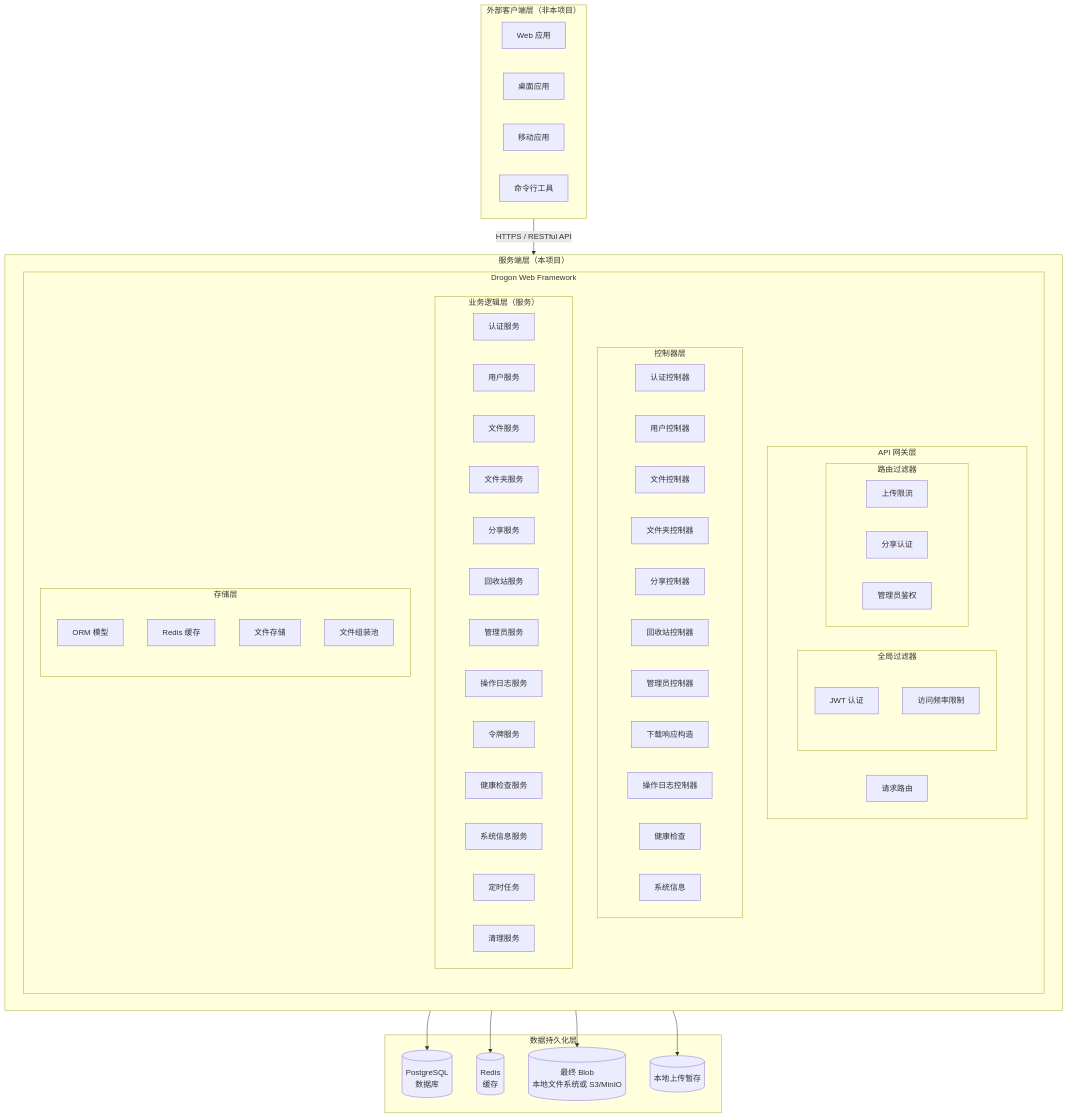
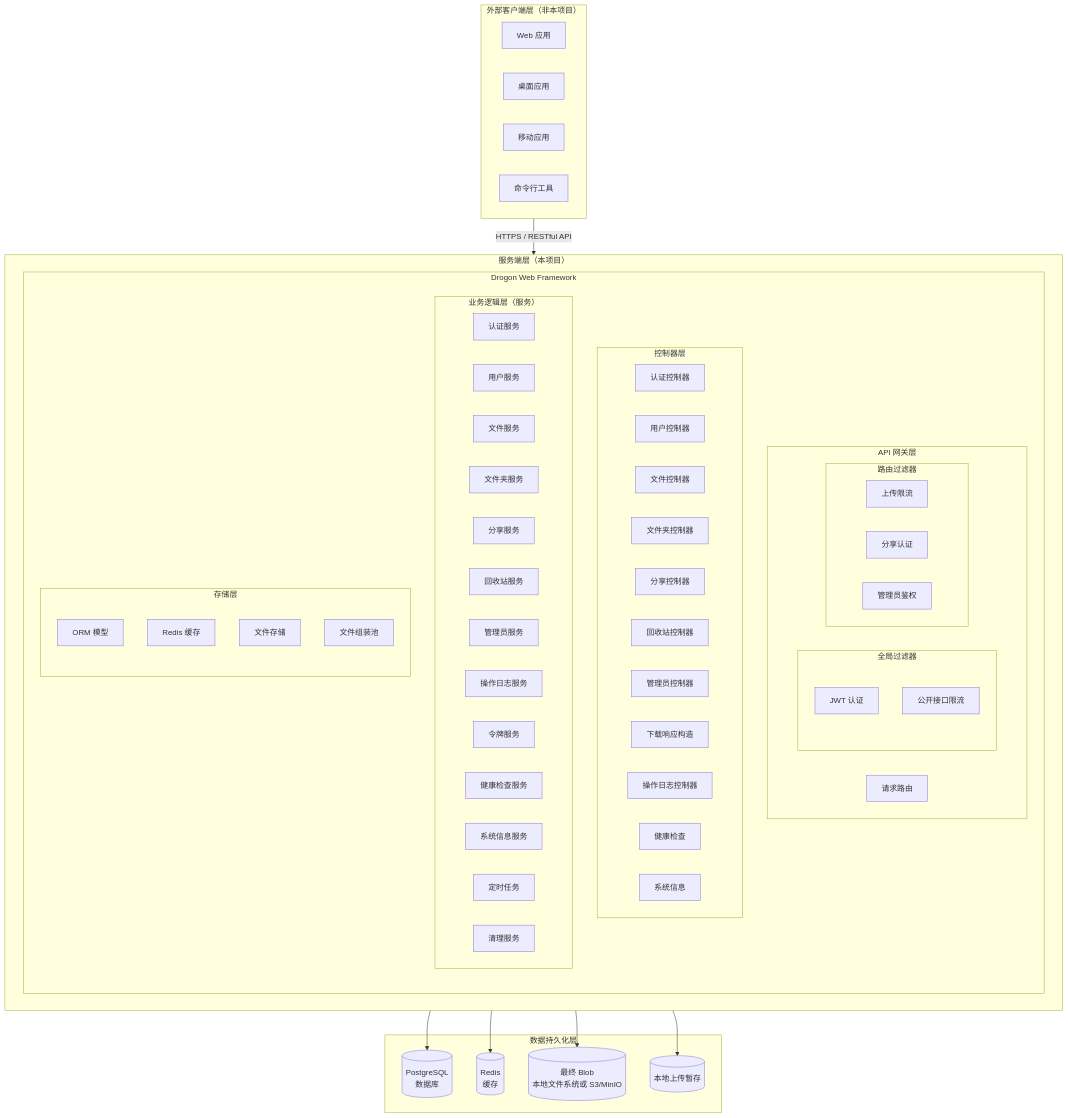
One commit to yizhinailong/disk changed the first of 5 diagrams in docs/design/00-系统概述.md. Above: the diagram before and after it, drawn with Mermaid. The commit also changed other lines of this file and 4 other files, not shown here.

````diff
--- a/docs/design/00-系统概述.md
+++ b/docs/design/00-系统概述.md
@@ -32,73 +32,73 @@
 ```mermaid
 flowchart TB
     subgraph Clients["外部客户端层（非本项目）"]
         WebApp["Web 应用"]
         Desktop["桌面应用"]
         Mobile["移动应用"]
         CLI["命令行工具"]
     end
 
     subgraph Server["服务端层（本项目）"]
         subgraph Drogon["Drogon Web Framework"]
             subgraph APIGateway["API 网关层"]
                 subgraph Filters["全局过滤器"]
                     JWT["JWT 认证"]
-                    RateLimit["访问频率限制"]
+                    PublicRateLimit["公开接口限流"]
                 end
                 subgraph PerRouteFilters["路由过滤器"]
                     UploadRateLimit["上传限流"]
                     ShareAuth["分享认证"]
                     AdminAuth["管理员鉴权"]
                 end
                 Router["请求路由"]
             end
             subgraph Controllers["控制器层"]
                 AuthCtrl["认证控制器"]
                 UserCtrl["用户控制器"]
                 FileCtrl["文件控制器"]
                 FolderCtrl["文件夹控制器"]
                 ShareCtrl["分享控制器"]
                 TrashCtrl["回收站控制器"]
                 AdminCtrl["管理员控制器"]
                 DownloadResponder["下载响应构造"]
                 OperationLogController["操作日志控制器"]
                 HealthCtrl["健康检查"]
                 SysCtrl["系统信息"]
             end
             subgraph Business["业务逻辑层（服务）"]
                 AuthService["认证服务"]
                 UserService["用户服务"]
                 FileService["文件服务"]
                 FolderService["文件夹服务"]
                 ShareService["分享服务"]
                 TrashService["回收站服务"]
                 AdminService["管理员服务"]
                 OpLogService["操作日志服务"]
                 TokenService["令牌服务"]
                 HealthService["健康检查服务"]
                 SystemService["系统信息服务"]
                 ScheduledTasks["定时任务"]
                 CleanupService["清理服务"]
             end
             subgraph Storage["存储层"]
                 ORM["ORM 模型"]
                 RedisCache["Redis 缓存"]
                 FileStorage["文件存储"]
                 AssemblyPool["文件组装池"]
             end
         end
     end
 
     subgraph Data["数据持久化层"]
         PostgreSQL[("PostgreSQL<br/>数据库")]
         Redis[("Redis<br/>缓存")]
         BlobStorage[("最终 Blob<br/>本地文件系统或 S3/MinIO")]
         Staging[("本地上传暂存")]
     end
 
     Clients -->|"HTTPS / RESTful API"| Server
     Server --> PostgreSQL
     Server --> Redis
     Server --> BlobStorage
     Server --> Staging
 ```
````
